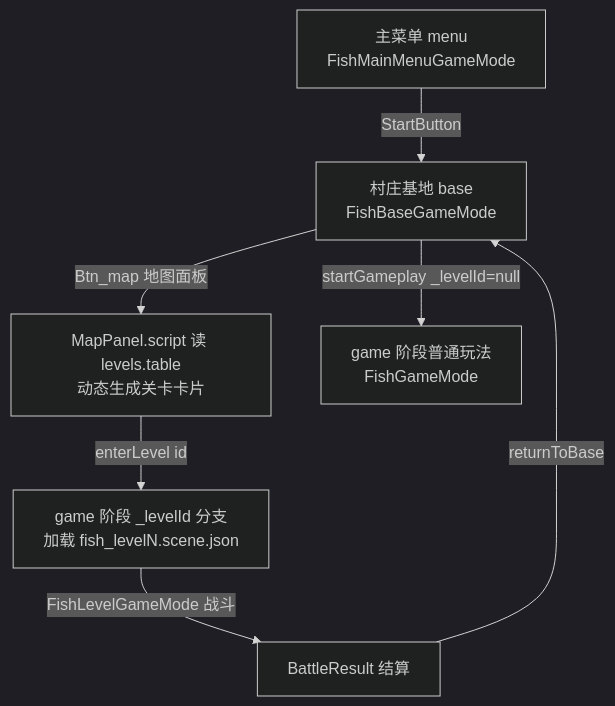
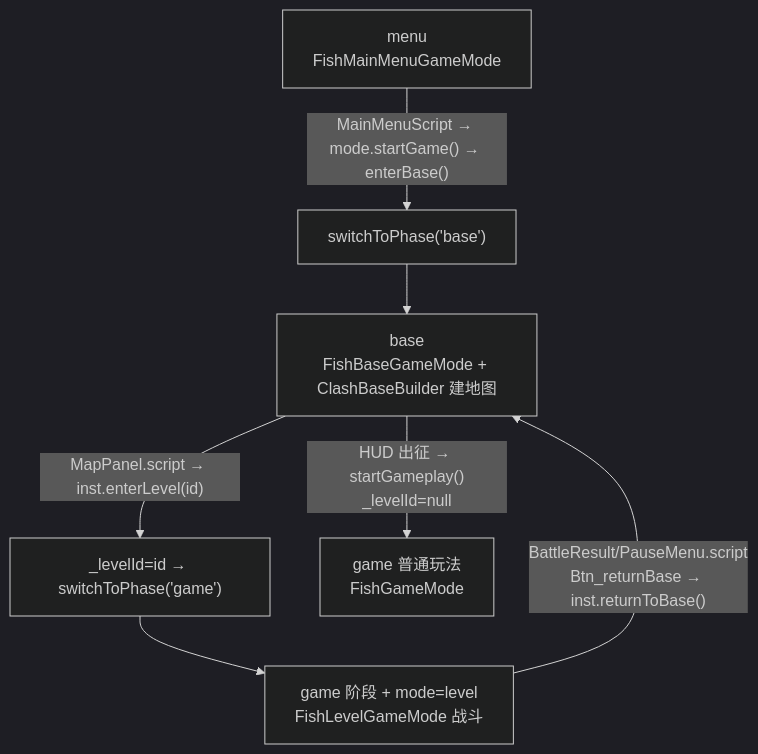
Before and after one commit to Kaplc/DemoStudio: the second of 2 diagrams in doc/projects/clash_master.md, drawn with Mermaid (dark theme). The commit also changed other lines of this file and 38 other files, not shown here.

````diff
--- a/doc/projects/clash_master.md
+++ b/doc/projects/clash_master.md
@@ -77,9 +204,9 @@
 ```mermaid
 flowchart TD
-    A[主菜单 menu<br/>FishMainMenuGameMode] -->|StartButton| B[村庄基地 base<br/>FishBaseGameMode]
-    B -->|Btn_map 地图面板| C[MapPanel.script 读 levels.table<br/>动态生成关卡卡片]
-    C -->|enterLevel id| D[game 阶段 _levelId 分支<br/>加载 fish_levelN.scene.json]
-    D -->|FishLevelGameMode 战斗| E[BattleResult 结算]
-    E -->|returnToBase| B
-    B -->|startGameplay _levelId=null| F[game 阶段普通玩法<br/>FishGameMode]
+    A["menu<br/>FishMainMenuGameMode"] -->|"MainMenuScript → mode.startGame() → enterBase()"| B["switchToPhase('base')"]
+    B --> C["base<br/>FishBaseGameMode + ClashBaseBuilder 建地图"]
+    C -->|"MapPanel.script → inst.enterLevel(id)"| D["_levelId=id → switchToPhase('game')"]
+    C -->|"HUD 出征 → startGameplay()<br/>_levelId=null"| E["game 普通玩法<br/>FishGameMode"]
+    D --> F["game 阶段 + mode=level<br/>FishLevelGameMode 战斗"]
+    F -->|"BattleResult/PauseMenu.script<br/>Btn_returnBase → inst.returnToBase()"| C
 ```
````
